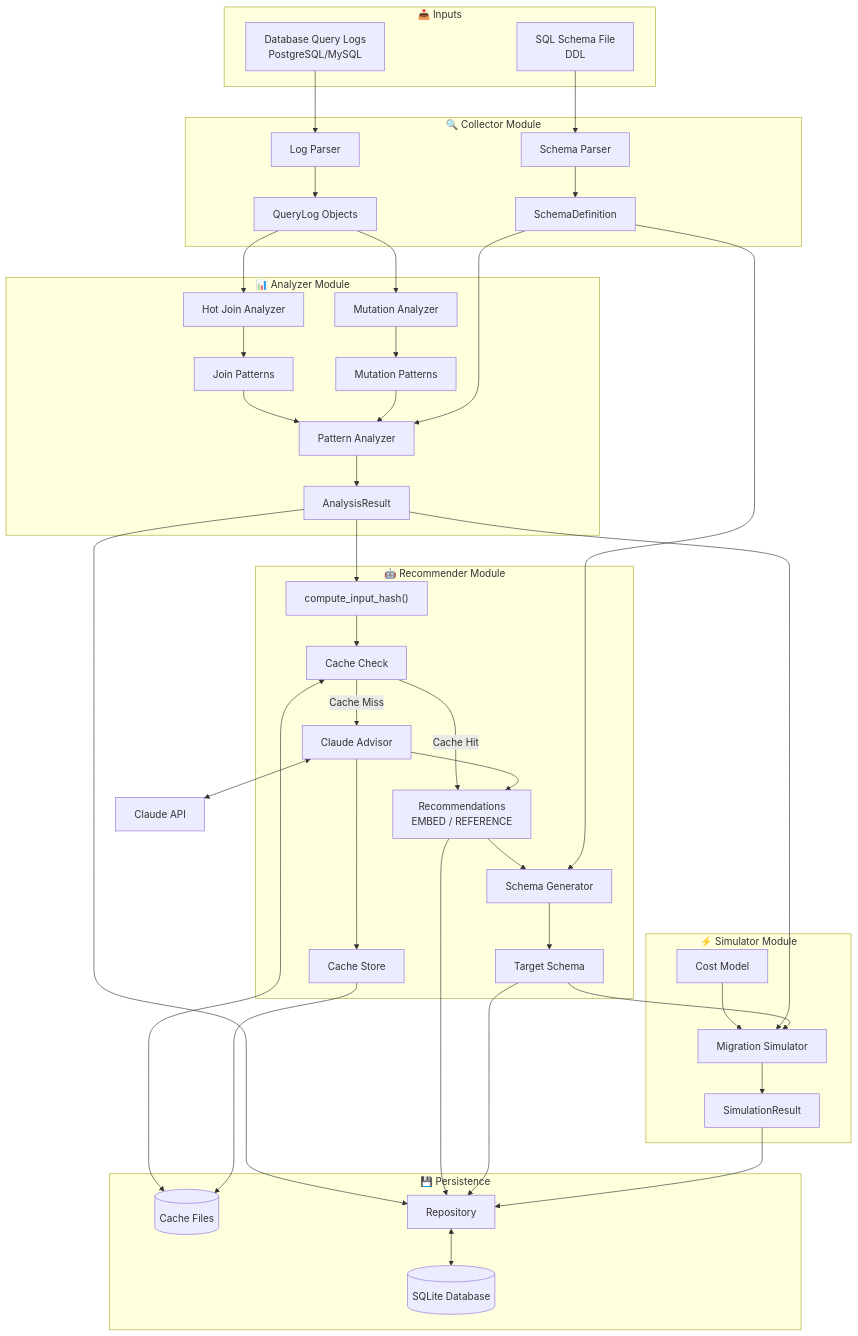
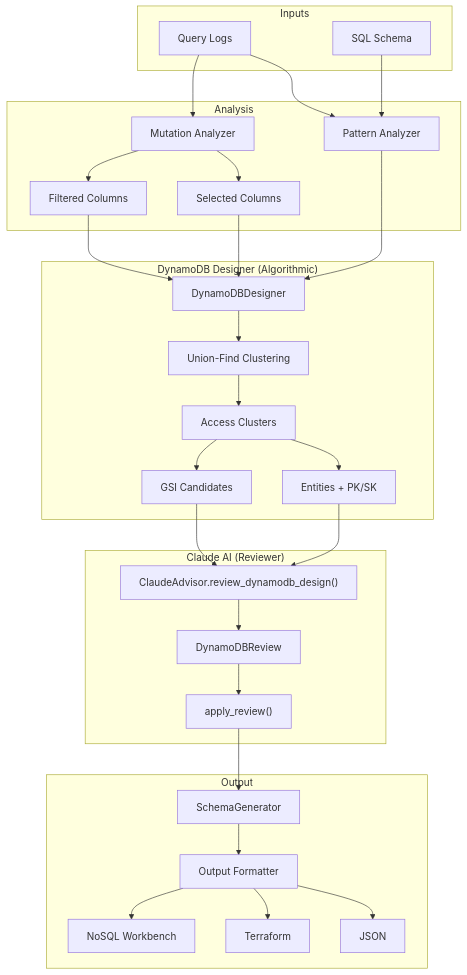
One commit to kraghavan/schema-travels changed the third of 6 diagrams in ARCHITECTURE.md. Above: the diagram before and after it, drawn with Mermaid. The commit also changed other lines of this file, not shown here.

````diff
--- a/ARCHITECTURE.md
+++ b/ARCHITECTURE.md
@@ -46,79 +90,58 @@
 ```mermaid
 flowchart TB
-    subgraph Inputs["📥 Inputs"]
-        LOGS["Database Query Logs<br/>PostgreSQL/MySQL"]
-        SCHEMA["SQL Schema File<br/>DDL"]
+    subgraph Inputs
+        LOGS["Query Logs"]
+        SCHEMA["SQL Schema"]
     end
 
-    subgraph Collector["🔍 Collector Module"]
-        LP["Log Parser"]
-        SP["Schema Parser"]
-        LP --> QD["QueryLog Objects"]
-        SP --> SD["SchemaDefinition"]
+    subgraph Analysis
+        PA["Pattern Analyzer"]
+        MA["Mutation Analyzer"]
+        SC["Selected Columns"]
+        FC["Filtered Columns"]
     end
 
-    subgraph Analyzer["📊 Analyzer Module"]
-        HJ["Hot Join Analyzer"]
-        MA["Mutation Analyzer"]
-        PA["Pattern Analyzer"]
-        
-        HJ --> JP["Join Patterns"]
-        MA --> MP["Mutation Patterns"]
-        JP --> PA
-        MP --> PA
-        PA --> AR["AnalysisResult"]
+    subgraph LocalDesign["DynamoDB Designer (Algorithmic)"]
+        DD["DynamoDBDesigner"]
+        UF["Union-Find Clustering"]
+        AC["Access Clusters"]
+        ENT["Entities + PK/SK"]
+        GSI["GSI Candidates"]
     end
 
-    subgraph Recommender["🤖 Recommender Module"]
-        HASH["compute_input_hash()"]
-        CC["Cache Check"]
-        CA["Claude Advisor"]
-        CS["Cache Store"]
-        SG["Schema Generator"]
-        
-        HASH --> CC
-        CC -->|Cache Hit| REC
-        CC -->|Cache Miss| CA
-        CA --> REC["Recommendations<br/>EMBED / REFERENCE"]
-        CA --> CS
-        REC --> SG
-        SG --> TS["Target Schema"]
+    subgraph AIReview["Claude AI (Reviewer)"]
+        CR["ClaudeAdvisor.review_dynamodb_design()"]
+        REV["DynamoDBReview"]
+        AR["apply_review()"]
     end
 
-    subgraph Simulator["⚡ Simulator Module"]
-        CM["Cost Model"]
-        MS["Migration Simulator"]
-        
-        CM --> MS
-        MS --> SR["SimulationResult"]
+    subgraph Output
+        SG["SchemaGenerator"]
+        FMT["Output Formatter"]
+        JSON["JSON"]
+        TF["Terraform"]
+        NSW["NoSQL Workbench"]
     end
 
-    subgraph Persistence["💾 Persistence"]
-        DB[("SQLite Database")]
-        CACHE[("Cache Files")]
-        REPO["Repository"]
-        REPO <--> DB
-        CC <--> CACHE
-        CS --> CACHE
-    end
-
-    LOGS --> LP
-    SCHEMA --> SP
-    
-    QD --> HJ
-    QD --> MA
-    SD --> PA
-    SD --> SG
-    
-    AR --> HASH
-    AR --> MS
-    TS --> MS
-    
-    AR --> REPO
-    REC --> REPO
-    TS --> REPO
-    SR --> REPO
-
-    CLAUDE_API["Claude API"]
-    CA <--> CLAUDE_API
+    LOGS --> PA
+    LOGS --> MA
+    SCHEMA --> PA
+    MA --> SC
+    MA --> FC
+    PA --> DD
+    SC --> DD
+    FC --> DD
+    DD --> UF
+    UF --> AC
+    AC --> ENT
+    AC --> GSI
+    ENT --> CR
+    GSI --> CR
+    CR --> REV
+    REV --> AR
+    AR --> SG
+    SG --> FMT
+    FMT --> JSON
+    FMT --> TF
+    FMT --> NSW
 ```
````
